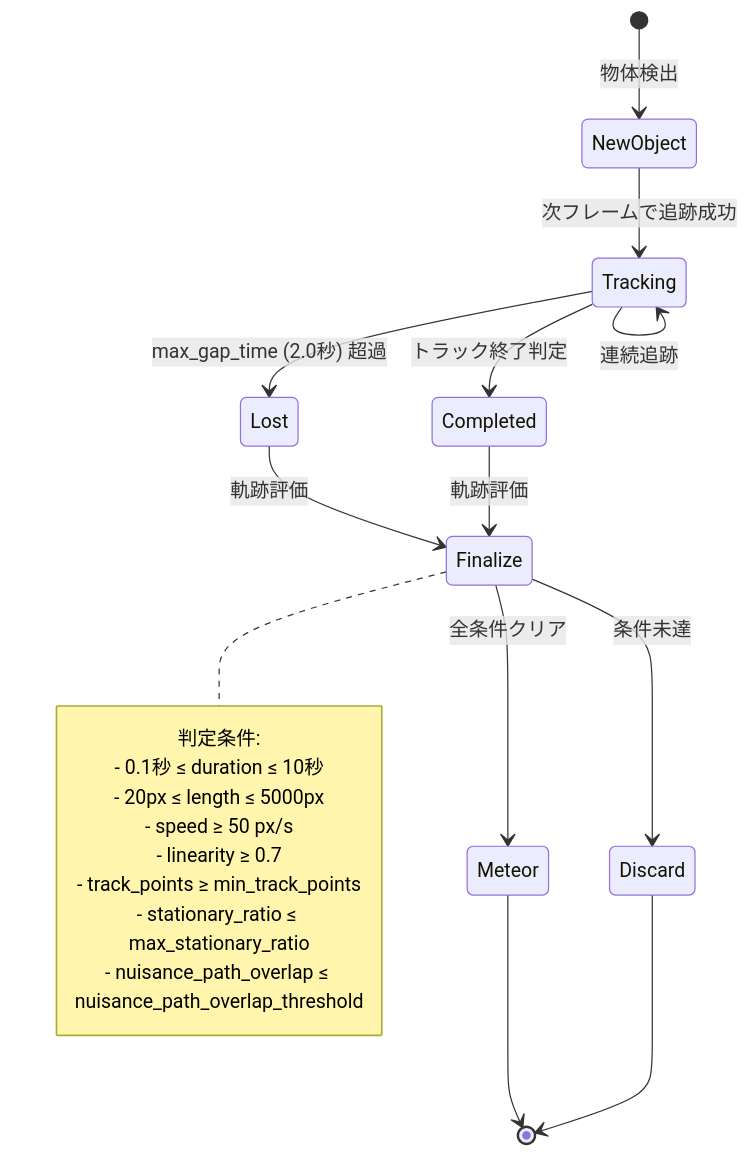
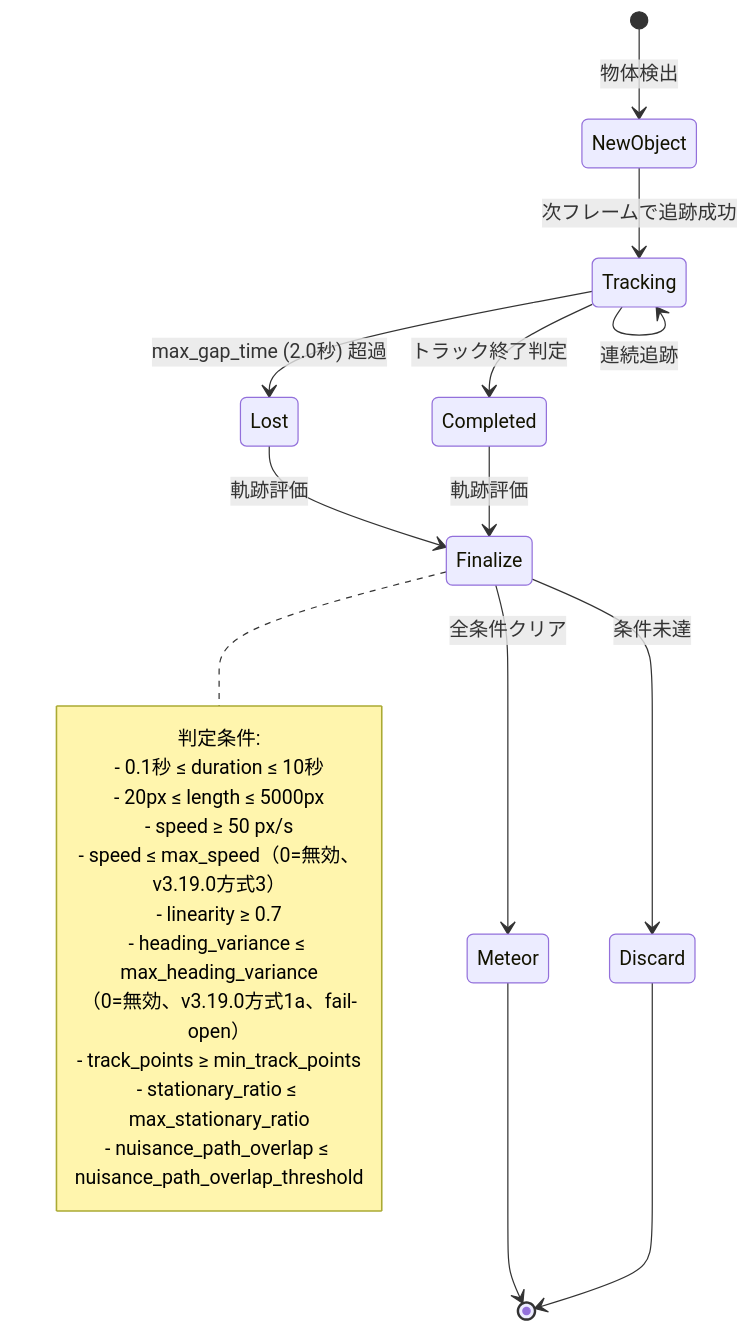
One commit to Masakai/meteo changed the sixth of 12 diagrams in documents/DETECTOR_COMPONENTS.md. Above: the diagram before and after it, drawn with Mermaid. The commit also changed other lines of this file and 19 other files, not shown here.

````diff
--- a/documents/DETECTOR_COMPONENTS.md
+++ b/documents/DETECTOR_COMPONENTS.md
@@ -300,27 +300,30 @@
 ```mermaid
 stateDiagram-v2
     [*] --> NewObject: 物体検出
     NewObject --> Tracking: 次フレームで追跡成功
     Tracking --> Tracking: 連続追跡
     Tracking --> Lost: max_gap_time (2.0秒) 超過
     Tracking --> Completed: トラック終了判定
     Lost --> Finalize: 軌跡評価
     Completed --> Finalize: 軌跡評価
 
     Finalize --> Meteor: 全条件クリア
     Finalize --> Discard: 条件未達
 
     Meteor --> [*]
     Discard --> [*]
 
     note right of Finalize
         判定条件:
         - 0.1秒 ≤ duration ≤ 10秒
         - 20px ≤ length ≤ 5000px
         - speed ≥ 50 px/s
+        - speed ≤ max_speed（0=無効、v3.19.0方式3）
         - linearity ≥ 0.7
+        - heading_variance ≤ max_heading_variance
+          （0=無効、v3.19.0方式1a、fail-open）
         - track_points ≥ min_track_points
         - stationary_ratio ≤ max_stationary_ratio
         - nuisance_path_overlap ≤ nuisance_path_overlap_threshold
     end note
 ```
````
